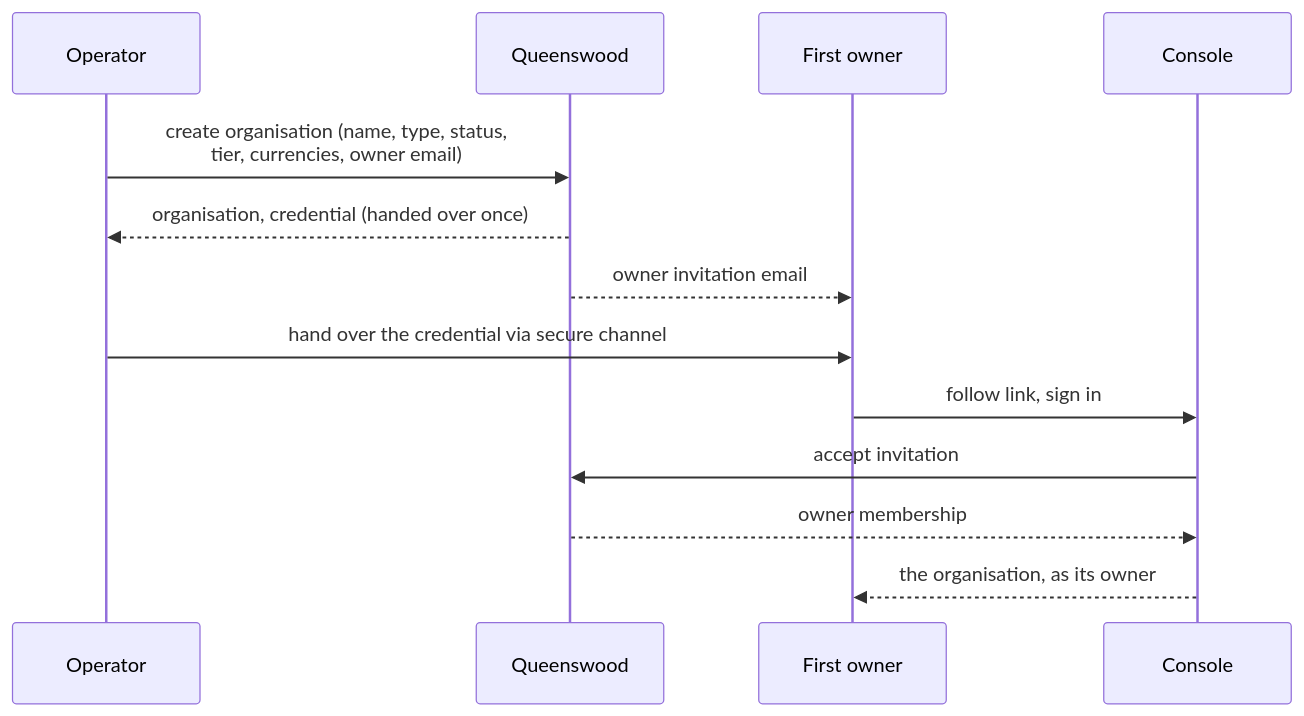
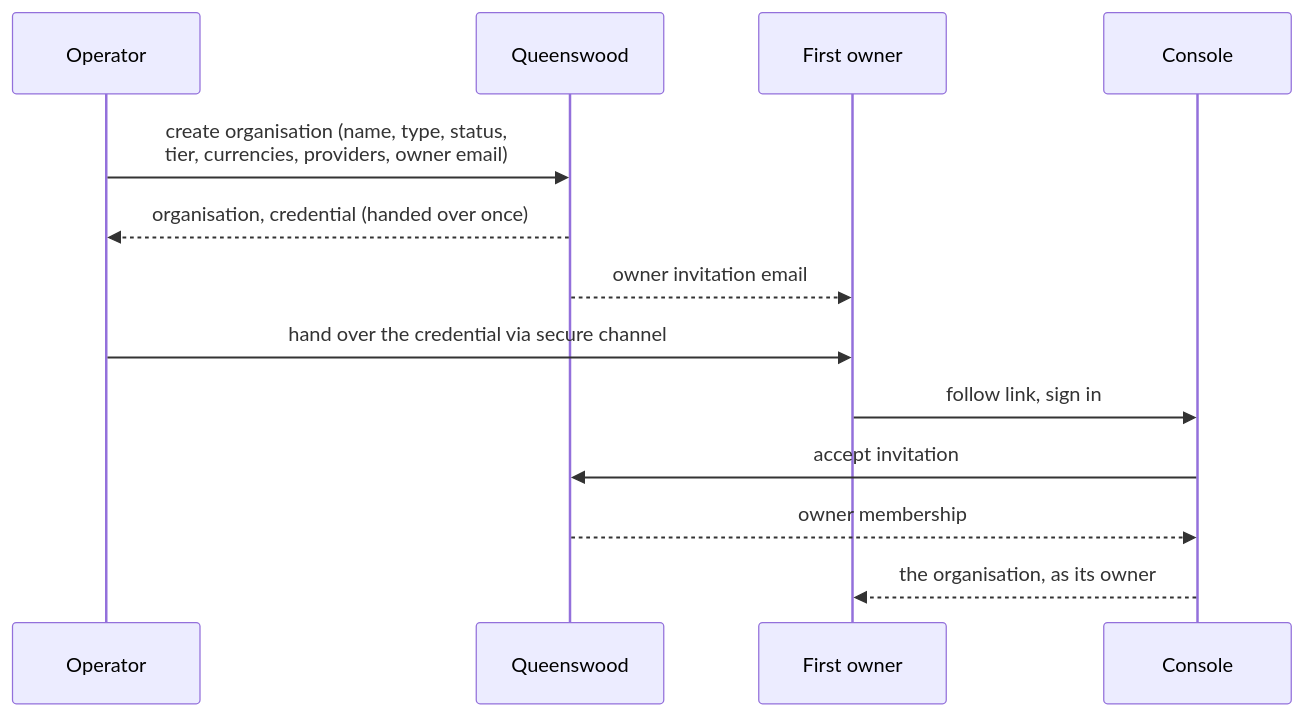
Before and after one commit to repldriven/queenswood: the second of 5 diagrams in docs/prd/access.md, drawn with Mermaid. The commit also changed other lines of this file and 7 other files, not shown here.

````diff
--- a/docs/prd/access.md
+++ b/docs/prd/access.md
@@ -410,16 +410,16 @@
 ```mermaid
 sequenceDiagram
     participant O as Operator
     participant Q as Queenswood
     participant P as First owner
     participant C as Console
 
-    O->>Q: create organisation (name, type, status,<br/>tier, currencies, owner email)
+    O->>Q: create organisation (name, type, status,<br/>tier, currencies, providers, owner email)
     Q-->>O: organisation, credential (handed over once)
     Q-->>P: owner invitation email
     O->>P: hand over the credential via secure channel
     P->>C: follow link, sign in
     C->>Q: accept invitation
     Q-->>C: owner membership
     C-->>P: the organisation, as its owner
 ```
````
